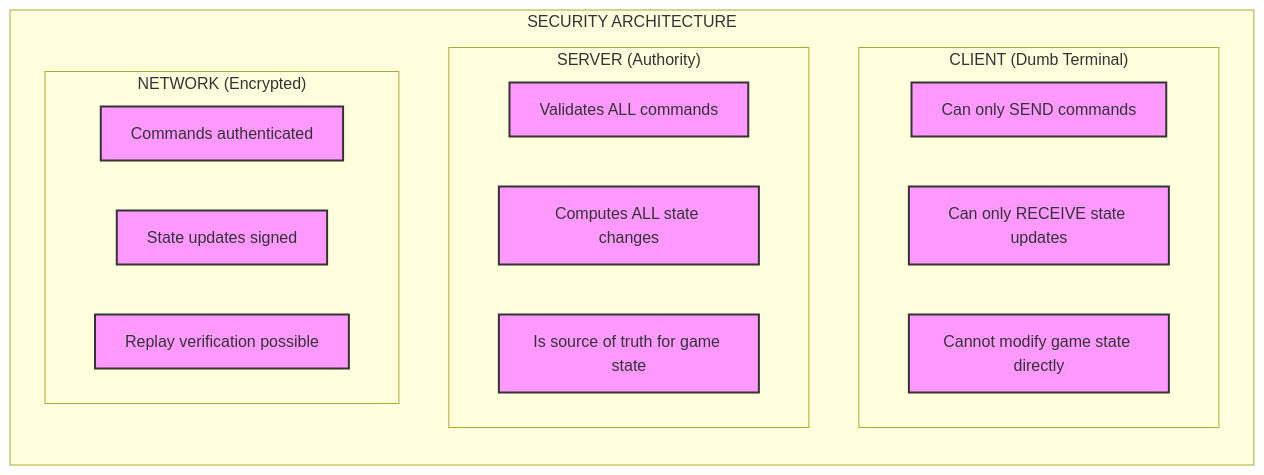
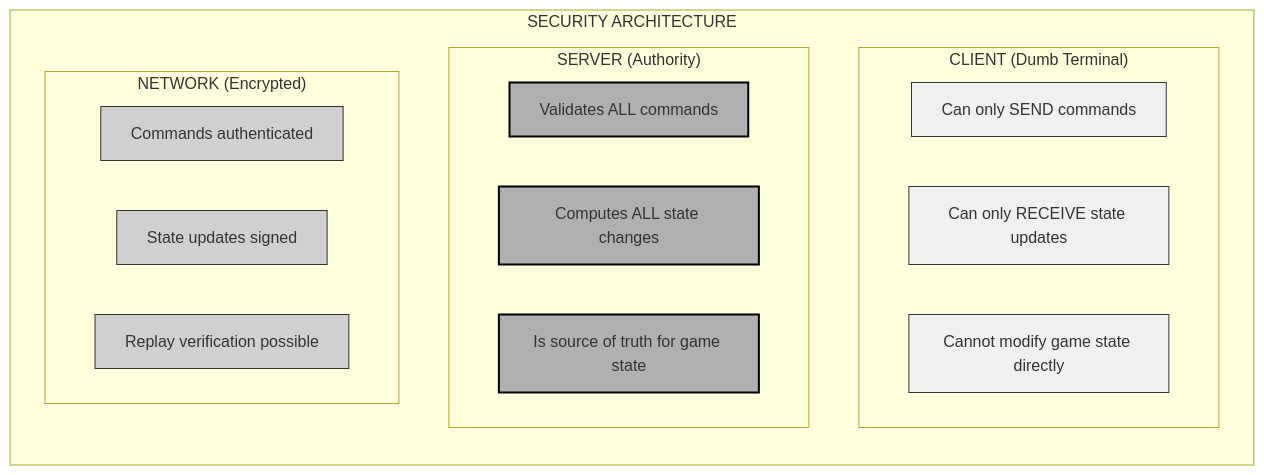
The first of 7 diagrams in chapter_15_multiplayer.md (jukofyork/close-combat-architecture-study), drawn with Mermaid before and after one commit. The commit also changed other lines of this file and 15 other files, not shown here.

````diff
--- a/chapter_15_multiplayer.md
+++ b/chapter_15_multiplayer.md
@@ -122,26 +122,33 @@
 ```mermaid
 flowchart TB
+    classDef default fill:#fff,stroke:#000,stroke-width:1px
+    classDef light fill:#f0f0f0,stroke:#333,stroke-width:1px
+    classDef medium fill:#d0d0d0,stroke:#333,stroke-width:1px
+    classDef dark fill:#b0b0b0,stroke:#000,stroke-width:2px
+
     subgraph Security["SECURITY ARCHITECTURE"]
         direction TB
-        
+
         subgraph Client["CLIENT (Dumb Terminal)"]
             C1["Can only SEND commands"]
             C2["Can only RECEIVE state updates"]
             C3["Cannot modify game state directly"]
         end
-        
+
         subgraph Server["SERVER (Authority)"]
             S1["Validates ALL commands"]
             S2["Computes ALL state changes"]
             S3["Is source of truth for game state"]
         end
-        
+
         subgraph Network["NETWORK (Encrypted)"]
             N1["Commands authenticated"]
             N2["State updates signed"]
             N3["Replay verification possible"]
         end
     end
-    
-    classDef default fill:#f9f,stroke:#333,stroke-width:2px
+
+    class C1,C2,C3 light
+    class S1,S2,S3 dark
+    class N1,N2,N3 medium
 ```
````
